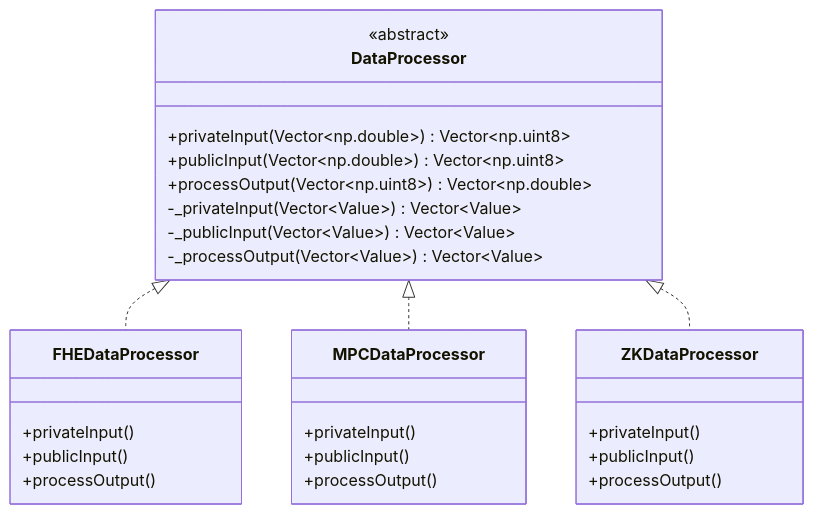
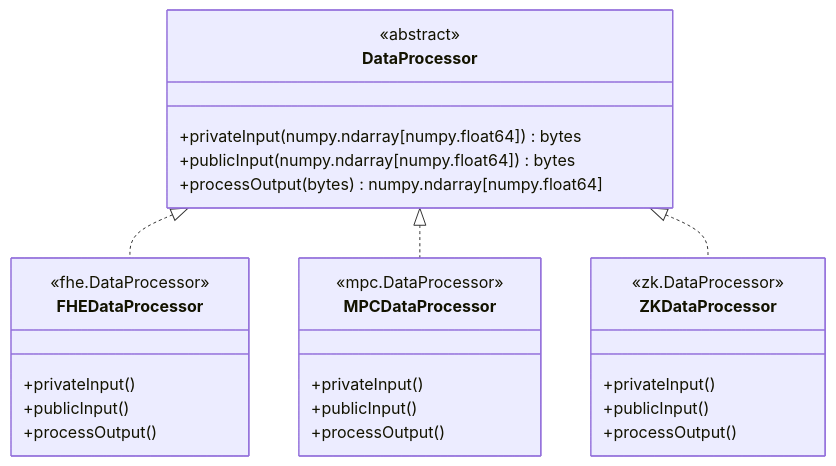
One commit to primus-labs/Aegis changed the fourth of 7 diagrams in docs/design/binding.md. Above: the diagram before and after it, drawn with Mermaid. The commit also changed other lines of this file, not shown here.

````diff
--- a/docs/design/binding.md
+++ b/docs/design/binding.md
@@ -124,34 +143,33 @@
 ```mermaid {align="center"}
 classDiagram
   class DataProcessor {
     <<abstract>>
-    +privateInput(Vector~np.double~) Vector~np.uint8~
-    +publicInput(Vector~np.double~) Vector~np.uint8~
-    +processOutput(Vector~np.uint8~) Vector~np.double~
-
-    -_privateInput(Vector~Value~) Vector~Value~
-    -_publicInput(Vector~Value~) Vector~Value~
-    -_processOutput(Vector~Value~) Vector~Value~
+    +privateInput(numpy.ndarray[numpy.float64]) bytes
+    +publicInput(numpy.ndarray[numpy.float64]) bytes
+    +processOutput(bytes) numpy.ndarray[numpy.float64]
   }
   
   DataProcessor <|.. FHEDataProcessor
   class FHEDataProcessor {
+    <<fhe.DataProcessor>>
     +privateInput()
     +publicInput()
     +processOutput()
   }
   
   DataProcessor <|.. MPCDataProcessor
   class MPCDataProcessor {
+    <<mpc.DataProcessor>>
     +privateInput()
     +publicInput()
     +processOutput()
   }
   
   DataProcessor <|.. ZKDataProcessor
   class ZKDataProcessor {
+    <<zk.DataProcessor>>
     +privateInput()
     +publicInput()
     +processOutput()
   }
 ```
````
